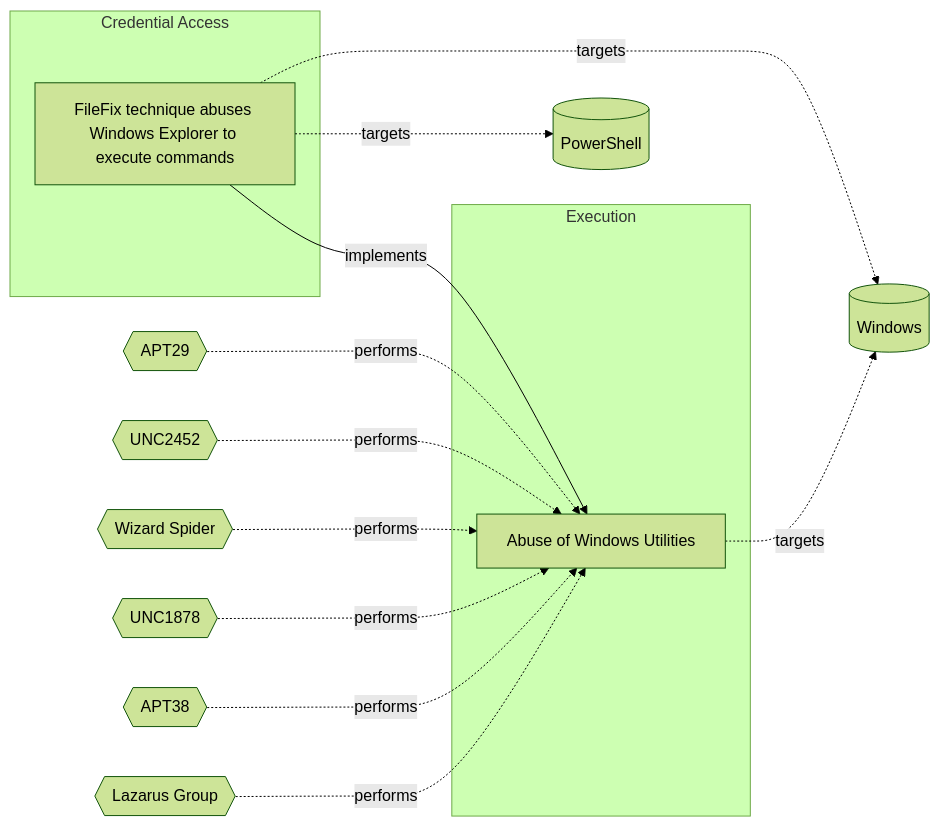
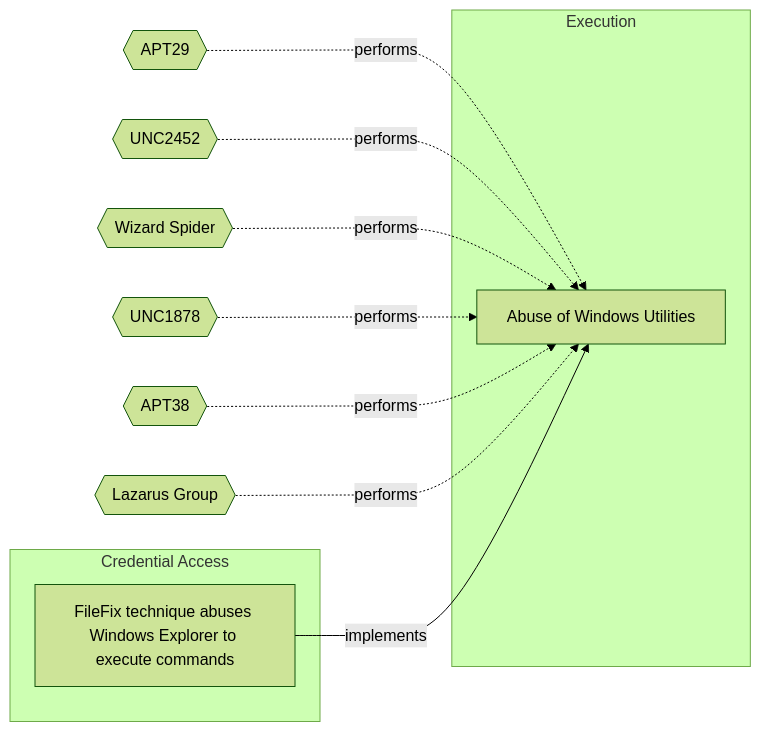
One commit to OpenTideHQ/WikiTide changed the diagram in Models/Threat Vectors/☣️ FileFix technique abuses Windows Explorer to execute commands.md. Above: the diagram before and after it, drawn with Mermaid (forest theme). The commit also changed other lines of this file and 232 other files, not shown here.

````diff
--- a/Models/Threat Vectors/☣️ FileFix technique abuses Windows Explorer to execute commands.md
+++ b/Models/Threat Vectors/☣️ FileFix technique abuses Windows Explorer to execute commands.md
@@ -85,36 +85,31 @@
 ```mermaid
 
 flowchart LR
 
 59d2eb7f-63cd-4ac4-9608-e65663fea667[FileFix technique abuses Windows Explorer to execute commands]
 d5039f2c-9fcc-4ba3-ad6a-da8c891ba745[Abuse of Windows Utilities]
 
 subgraph Credential Access
 59d2eb7f-63cd-4ac4-9608-e65663fea667
 end
 subgraph Execution
 d5039f2c-9fcc-4ba3-ad6a-da8c891ba745
 end
 
-Windows[(Windows)]
-PowerShell[(PowerShell)]
 APT29{{APT29}}
 UNC2452{{UNC2452}}
 WizardSpider{{Wizard Spider}}
 UNC1878{{UNC1878}}
 APT38{{APT38}}
 LazarusGroup{{Lazarus Group}}
 
-59d2eb7f-63cd-4ac4-9608-e65663fea667 -.->|targets| Windows
-59d2eb7f-63cd-4ac4-9608-e65663fea667 -.->|targets| PowerShell
-d5039f2c-9fcc-4ba3-ad6a-da8c891ba745 -.->|targets| Windows
 APT29 -.-> |performs| d5039f2c-9fcc-4ba3-ad6a-da8c891ba745
 UNC2452 -.-> |performs| d5039f2c-9fcc-4ba3-ad6a-da8c891ba745
 WizardSpider -.-> |performs| d5039f2c-9fcc-4ba3-ad6a-da8c891ba745
 UNC1878 -.-> |performs| d5039f2c-9fcc-4ba3-ad6a-da8c891ba745
 APT38 -.-> |performs| d5039f2c-9fcc-4ba3-ad6a-da8c891ba745
 LazarusGroup -.-> |performs| d5039f2c-9fcc-4ba3-ad6a-da8c891ba745
 
 59d2eb7f-63cd-4ac4-9608-e65663fea667 -->|implements| d5039f2c-9fcc-4ba3-ad6a-da8c891ba745
 
 ```
````
